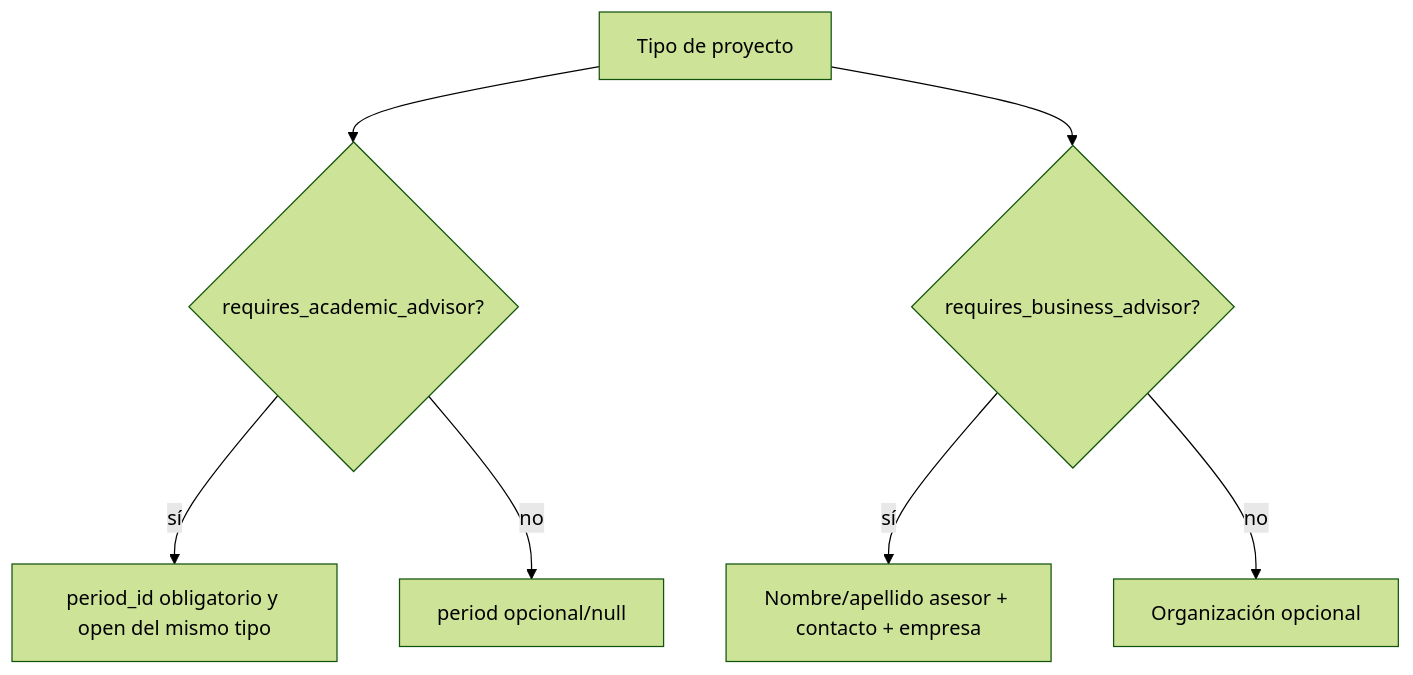
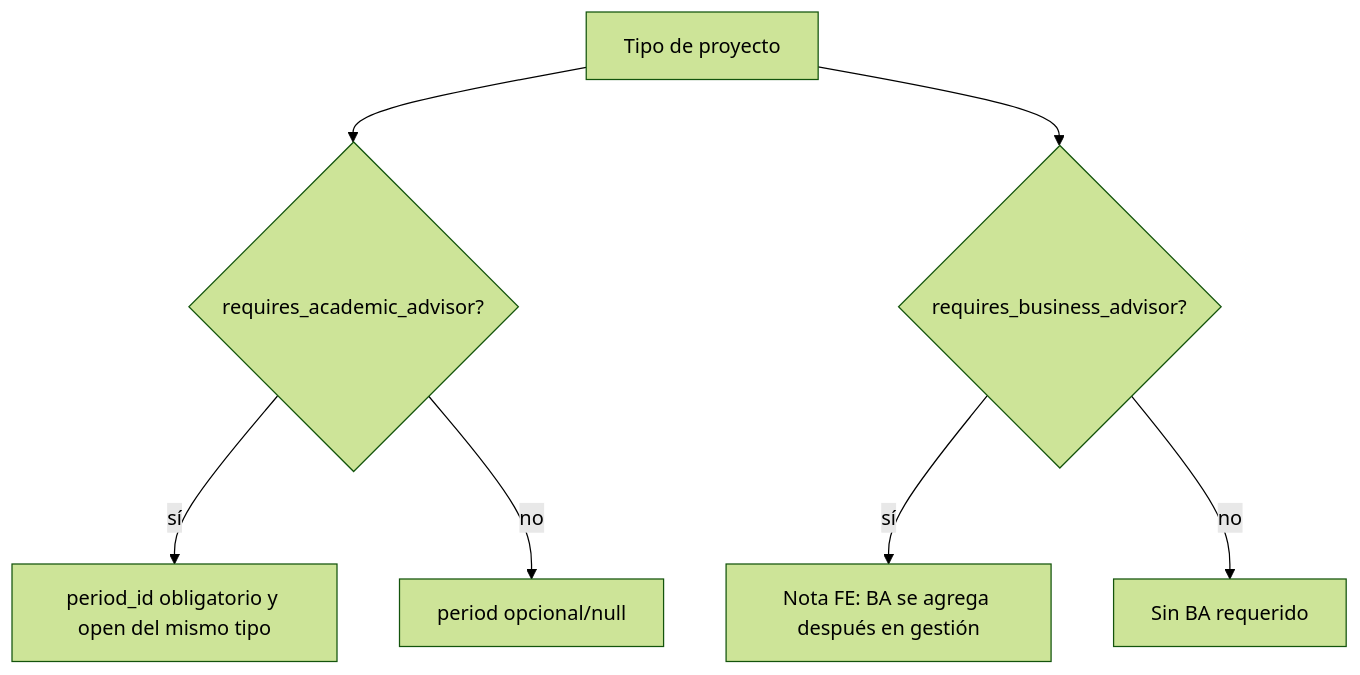
One commit to jose-M2020/repositorio-UTCGG changed the diagram in docs/business/05-repositories.md. Above: the diagram before and after it, drawn with Mermaid (forest theme). The commit also changed other lines of this file and 35 other files, not shown here.

````diff
--- a/docs/business/05-repositories.md
+++ b/docs/business/05-repositories.md
@@ -42,9 +42,9 @@
 ```mermaid
 flowchart TD
   A[Tipo de proyecto] --> B{requires_academic_advisor?}
   B -->|sí| C[period_id obligatorio y open del mismo tipo]
   B -->|no| D[period opcional/null]
   A --> E{requires_business_advisor?}
-  E -->|sí| F[Nombre/apellido asesor + contacto + empresa]
-  E -->|no| G[Organización opcional]
+  E -->|sí| F[Nota FE: BA se agrega después en gestión]
+  E -->|no| G[Sin BA requerido]
 ```
````
